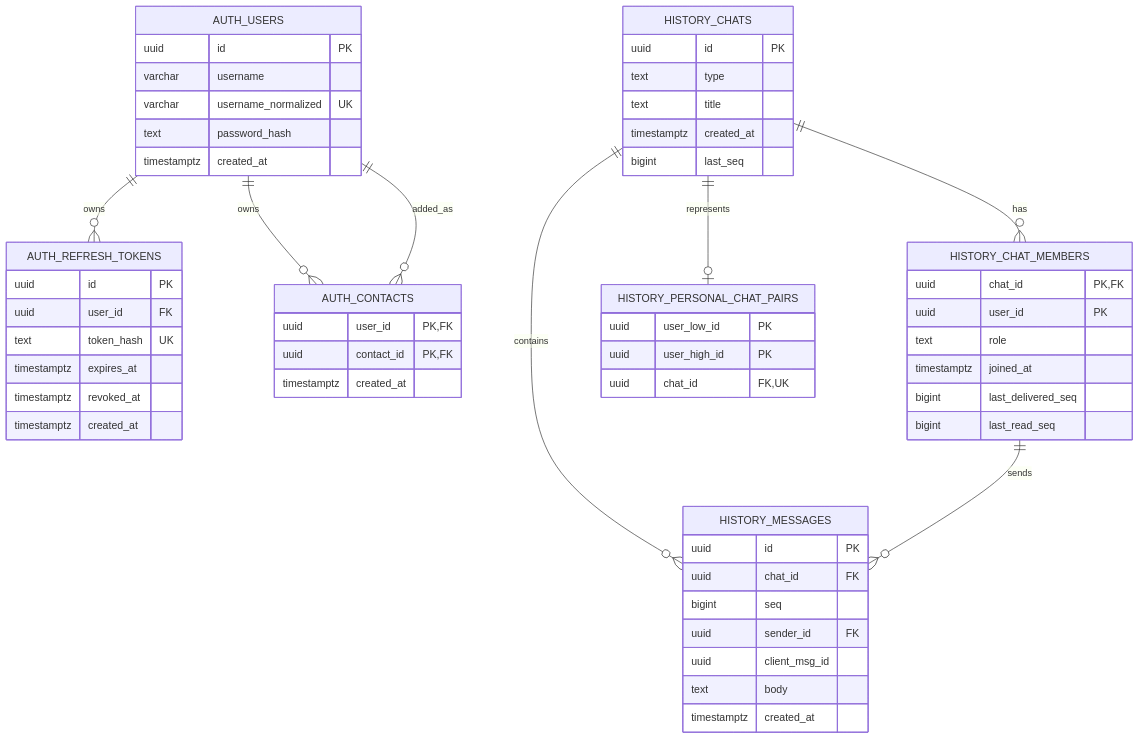
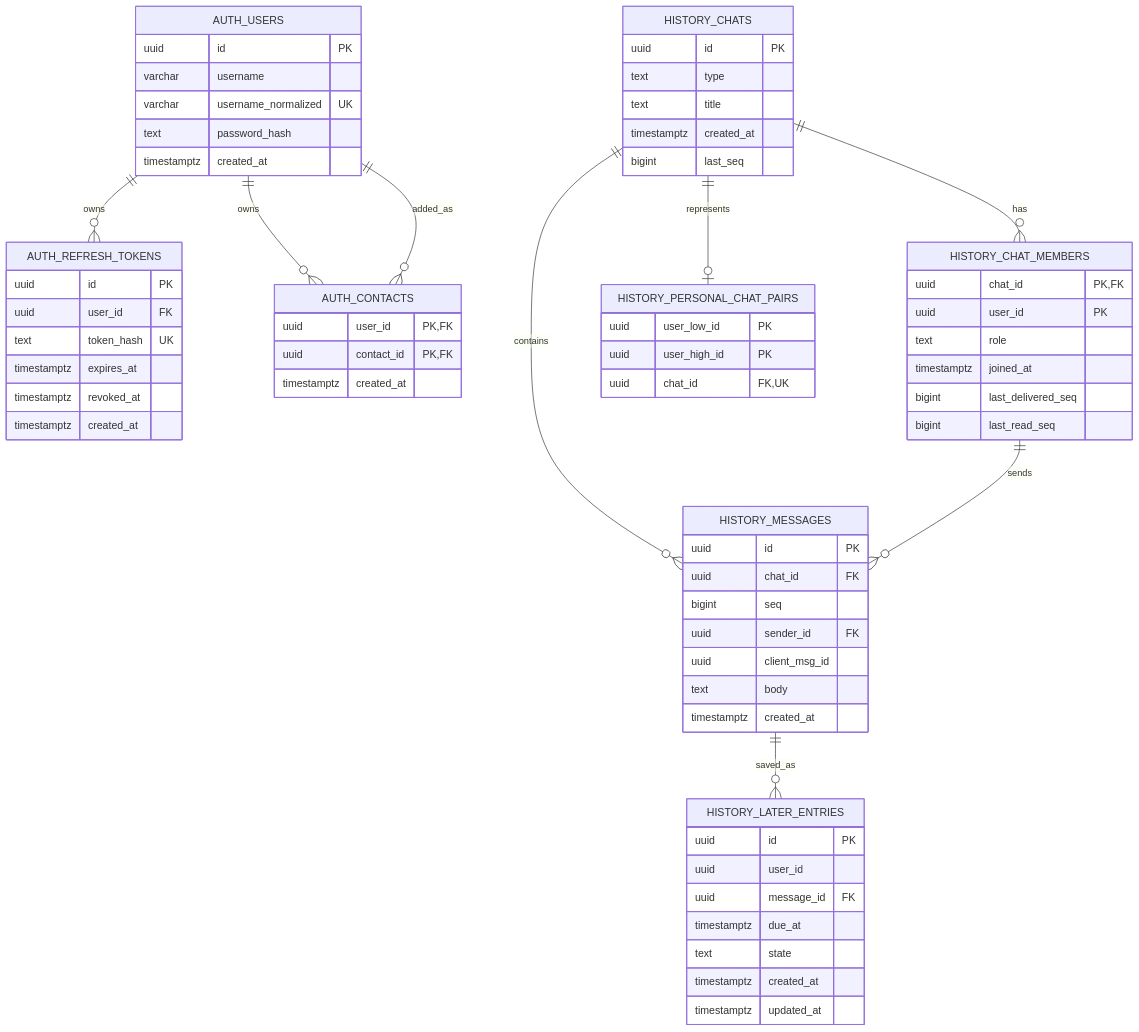
Before and after one commit to messenger-go-team/messenger: the diagram in docs/db/er.md, drawn with Mermaid. The commit also changed other lines of this file and 12 other files, not shown here.

````diff
--- a/docs/db/er.md
+++ b/docs/db/er.md
@@ -5,60 +5,71 @@
 ```mermaid
 erDiagram
     AUTH_USERS {
         uuid id PK
         varchar username
         varchar username_normalized UK
         text password_hash
         timestamptz created_at
     }
     AUTH_REFRESH_TOKENS {
         uuid id PK
         uuid user_id FK
         text token_hash UK
         timestamptz expires_at
         timestamptz revoked_at
         timestamptz created_at
     }
     AUTH_CONTACTS {
         uuid user_id PK, FK
         uuid contact_id PK, FK
         timestamptz created_at
     }
     HISTORY_CHATS {
         uuid id PK
         text type
         text title
         timestamptz created_at
         bigint last_seq
     }
     HISTORY_CHAT_MEMBERS {
         uuid chat_id PK, FK
         uuid user_id PK
         text role
         timestamptz joined_at
         bigint last_delivered_seq
         bigint last_read_seq
     }
     HISTORY_PERSONAL_CHAT_PAIRS {
         uuid user_low_id PK
         uuid user_high_id PK
         uuid chat_id FK, UK
     }
     HISTORY_MESSAGES {
         uuid id PK
         uuid chat_id FK
         bigint seq
         uuid sender_id FK
         uuid client_msg_id
         text body
         timestamptz created_at
     }
 
+    HISTORY_LATER_ENTRIES {
+        uuid id PK
+        uuid user_id
+        uuid message_id FK
+        timestamptz due_at
+        text state
+        timestamptz created_at
+        timestamptz updated_at
+    }
+
     AUTH_USERS ||--o{ AUTH_REFRESH_TOKENS : owns
     AUTH_USERS ||--o{ AUTH_CONTACTS : owns
     AUTH_USERS ||--o{ AUTH_CONTACTS : added_as
     HISTORY_CHATS ||--o{ HISTORY_CHAT_MEMBERS : has
     HISTORY_CHATS ||--o| HISTORY_PERSONAL_CHAT_PAIRS : represents
     HISTORY_CHATS ||--o{ HISTORY_MESSAGES : contains
     HISTORY_CHAT_MEMBERS ||--o{ HISTORY_MESSAGES : sends
+    HISTORY_MESSAGES ||--o{ HISTORY_LATER_ENTRIES : saved_as
 ```
````
